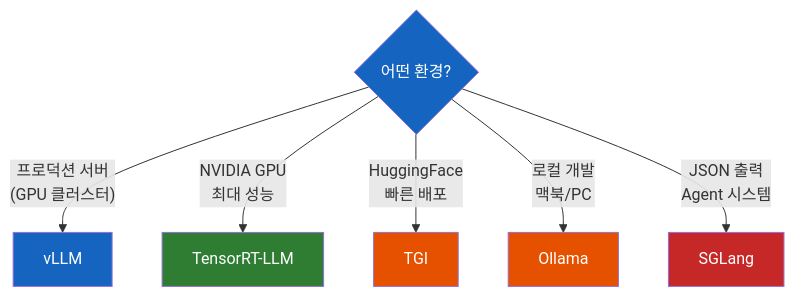
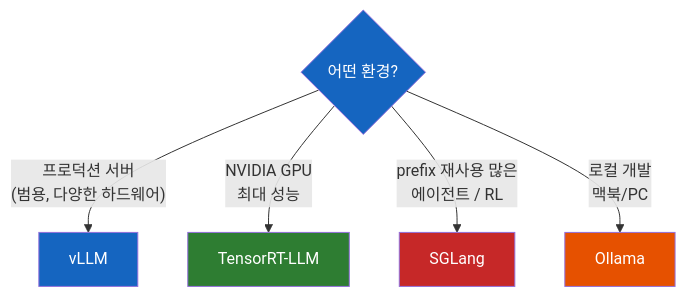
Before and after one commit to sskim91/TIL: the sixth of 8 diagrams in ai/vLLM-GPU-위의-LLM은-누가-서빙하는가.md, drawn with Mermaid. The commit also changed other lines of this file, not shown here.

First line of the commit message:
docs(ai): vLLM 문서를 v0.30.0 기준으로 최신화

````diff
--- a/ai/vLLM-GPU-위의-LLM은-누가-서빙하는가.md
+++ b/ai/vLLM-GPU-위의-LLM은-누가-서빙하는가.md
@@ -323,16 +428,14 @@
 ```mermaid
 flowchart TB
     A{"어떤 환경?"}
-    A -->|"프로덕션 서버<br>(GPU 클러스터)"| B["vLLM"]
+    A -->|"프로덕션 서버<br>(범용, 다양한 하드웨어)"| B["vLLM"]
     A -->|"NVIDIA GPU<br>최대 성능"| C["TensorRT-LLM"]
-    A -->|"HuggingFace<br>빠른 배포"| D["TGI"]
+    A -->|"prefix 재사용 많은<br>에이전트 / RL"| F["SGLang"]
     A -->|"로컬 개발<br>맥북/PC"| E["Ollama"]
-    A -->|"JSON 출력<br>Agent 시스템"| F["SGLang"]
 
     style A fill:#1565C0,color:#fff
     style B fill:#1565C0,color:#fff
     style C fill:#2E7D32,color:#fff
-    style D fill:#E65100,color:#fff
     style E fill:#E65100,color:#fff
     style F fill:#C62828,color:#fff
 ```
````
